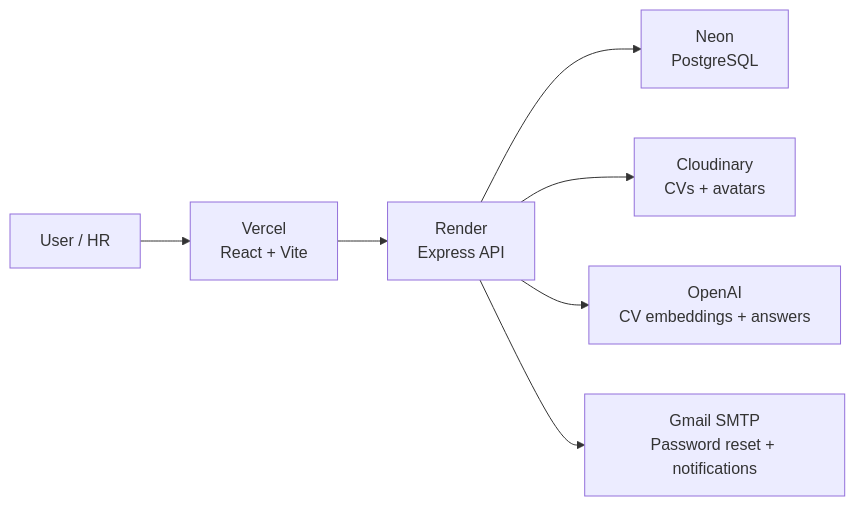
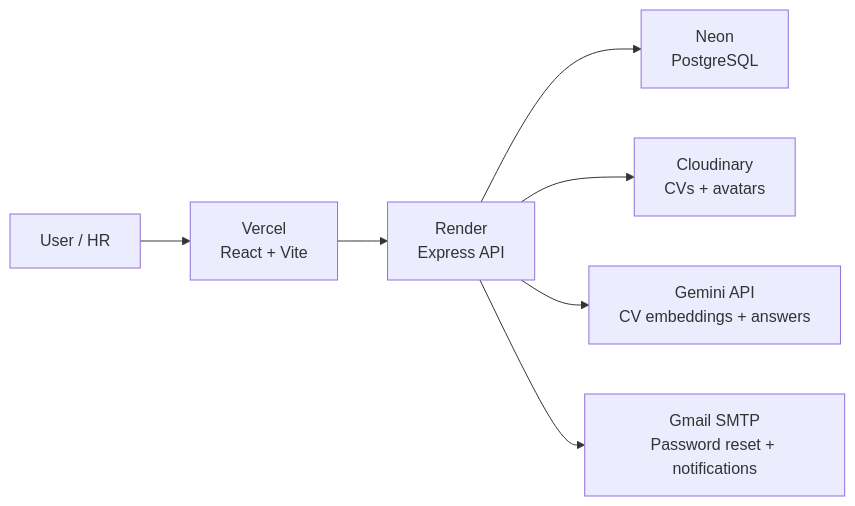
One commit to nguyen279166/ATS_PRO changed the diagram in README.md. Above: the diagram before and after it, drawn with Mermaid. The commit also changed other lines of this file and 4 other files, not shown here.

````diff
--- a/README.md
+++ b/README.md
@@ -63,9 +63,9 @@
 ```mermaid
 flowchart LR
   User["User / HR"] --> Vercel["Vercel\nReact + Vite"]
   Vercel --> Render["Render\nExpress API"]
   Render --> Neon["Neon\nPostgreSQL"]
   Render --> Cloudinary["Cloudinary\nCVs + avatars"]
-  Render --> OpenAI["OpenAI\nCV embeddings + answers"]
+  Render --> Gemini["Gemini API\nCV embeddings + answers"]
   Render --> Gmail["Gmail SMTP\nPassword reset + notifications"]
 ```
````
